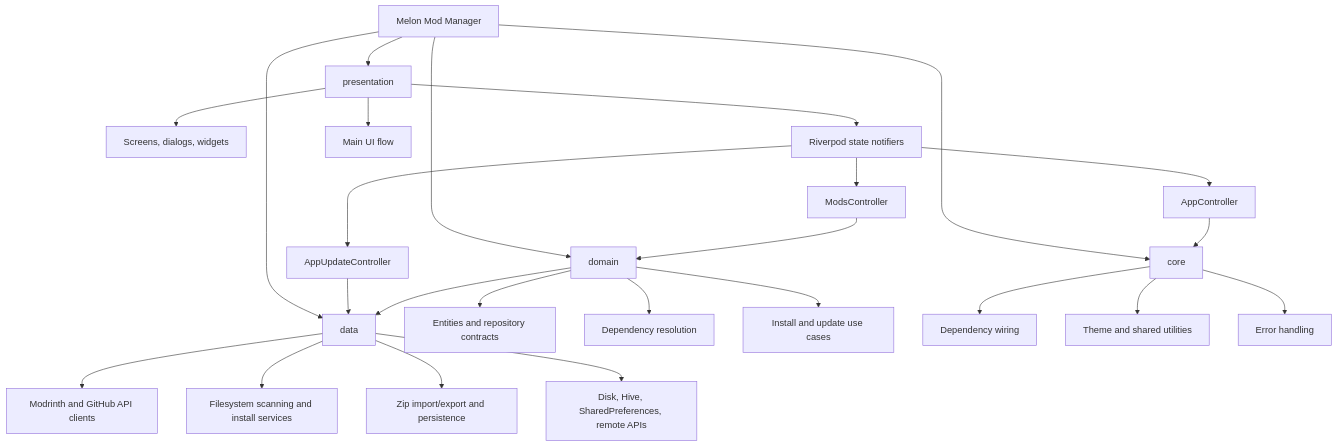
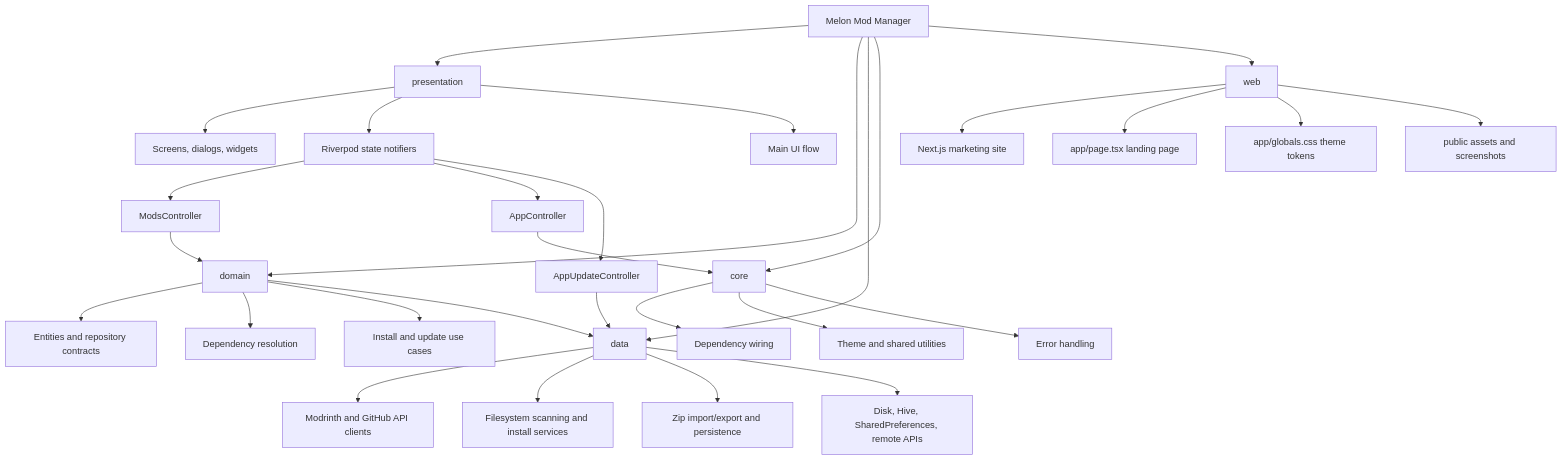
One commit to xyrusL/melon_mod_manager changed the first of 2 diagrams in docs/architecture.md. Above: the diagram before and after it, drawn with Mermaid. The commit also changed other lines of this file, not shown here.

Commit message:
Document web architecture and flow

````diff
--- a/docs/architecture.md
+++ b/docs/architecture.md
@@ -5,34 +5,40 @@
 ```mermaid
 flowchart TD
     A[Melon Mod Manager] --> B[presentation]
     A --> C[domain]
     A --> D[data]
     A --> E[core]
+    A --> W[web]
 
     B --> B1[Screens, dialogs, widgets]
     B --> B2[Riverpod state notifiers]
     B --> B3[Main UI flow]
 
     C --> C1[Entities and repository contracts]
     C --> C2[Dependency resolution]
     C --> C3[Install and update use cases]
 
     D --> D1[Modrinth and GitHub API clients]
     D --> D2[Filesystem scanning and install services]
     D --> D3[Zip import/export and persistence]
 
     E --> E1[Dependency wiring]
     E --> E2[Theme and shared utilities]
     E --> E3[Error handling]
 
+    W --> W1[Next.js marketing site]
+    W --> W2[app/page.tsx landing page]
+    W --> W3[app/globals.css theme tokens]
+    W --> W4[public assets and screenshots]
+
     B2 --> F[ModsController]
     B2 --> G[AppController]
     B2 --> H[AppUpdateController]
 
     F --> C
     G --> E
     H --> D
 
     C --> D
     D --> I[Disk, Hive, SharedPreferences, remote APIs]
 ```
````
